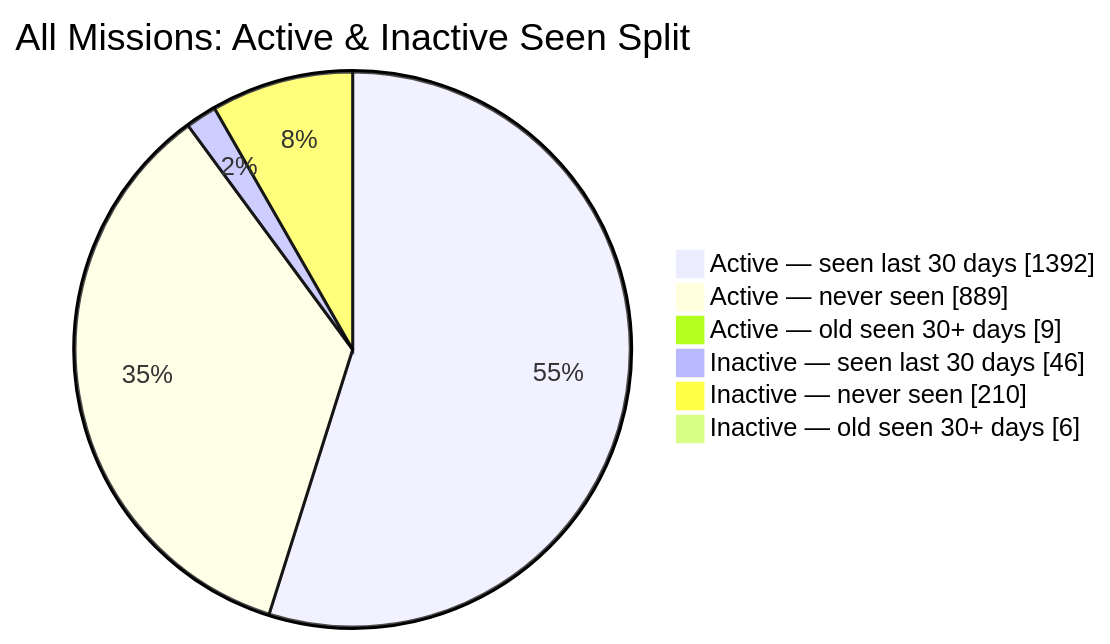
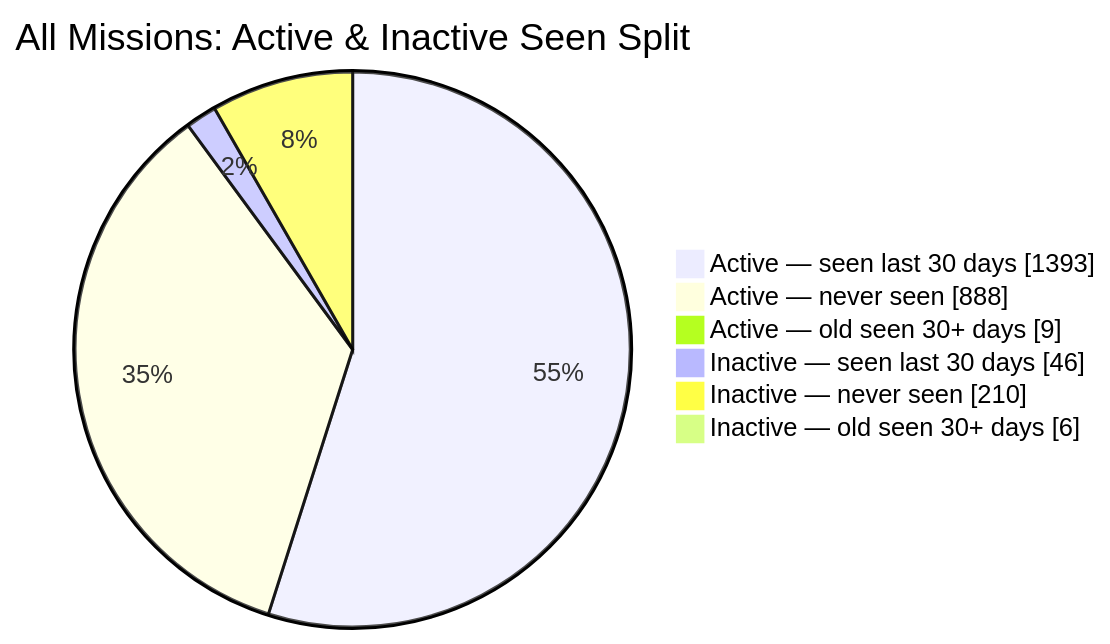
Before and after one commit to MeldkamerspelGameTeam/active-missions: the second of 2 diagrams in README.md, drawn with Mermaid. The commit also changed other lines of this file and 2 other files, not shown here.

````diff
--- a/README.md
+++ b/README.md
@@ -44,10 +44,10 @@
 ```mermaid
 pie showData
     title All Missions: Active & Inactive Seen Split
-    "Active — seen last 30 days" : 1392
-    "Active — never seen" : 889
+    "Active — seen last 30 days" : 1393
+    "Active — never seen" : 888
     "Active — old seen 30+ days" : 9
     "Inactive — seen last 30 days" : 46
     "Inactive — never seen" : 210
     "Inactive — old seen 30+ days" : 6
 ```
````
